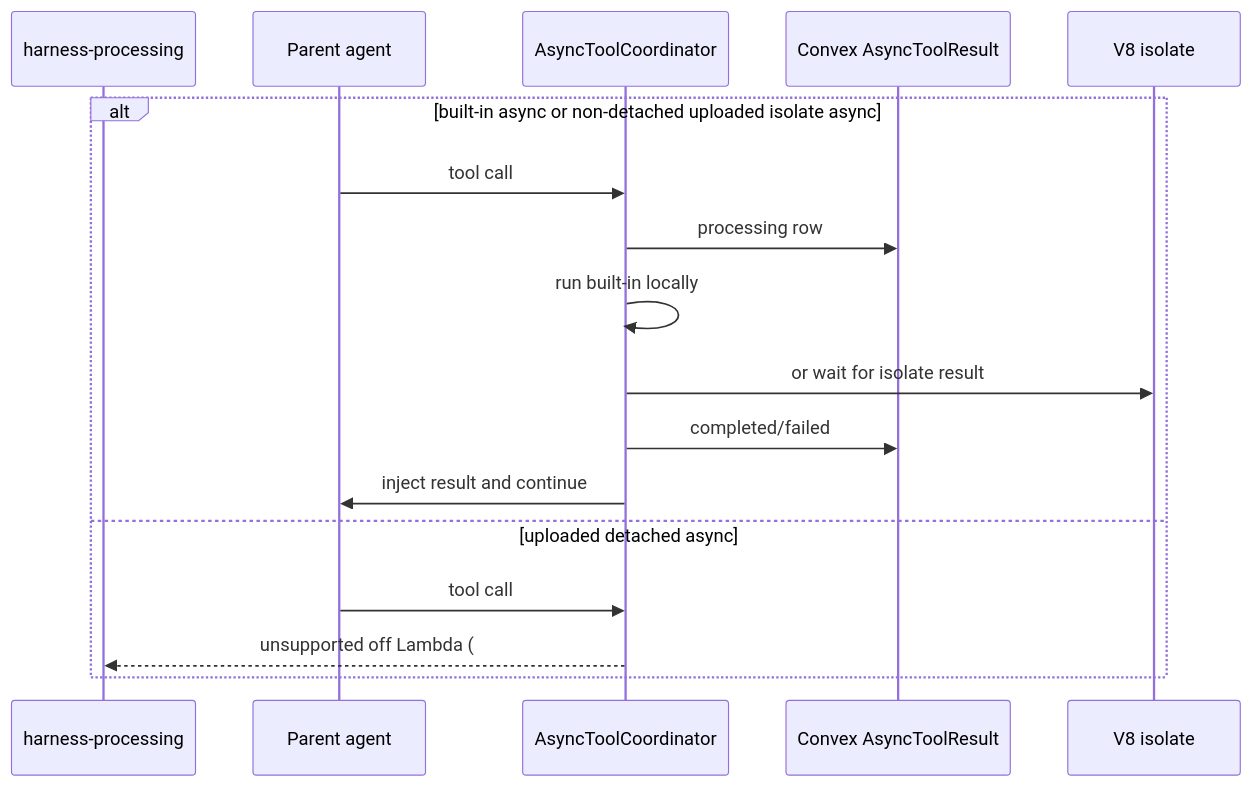
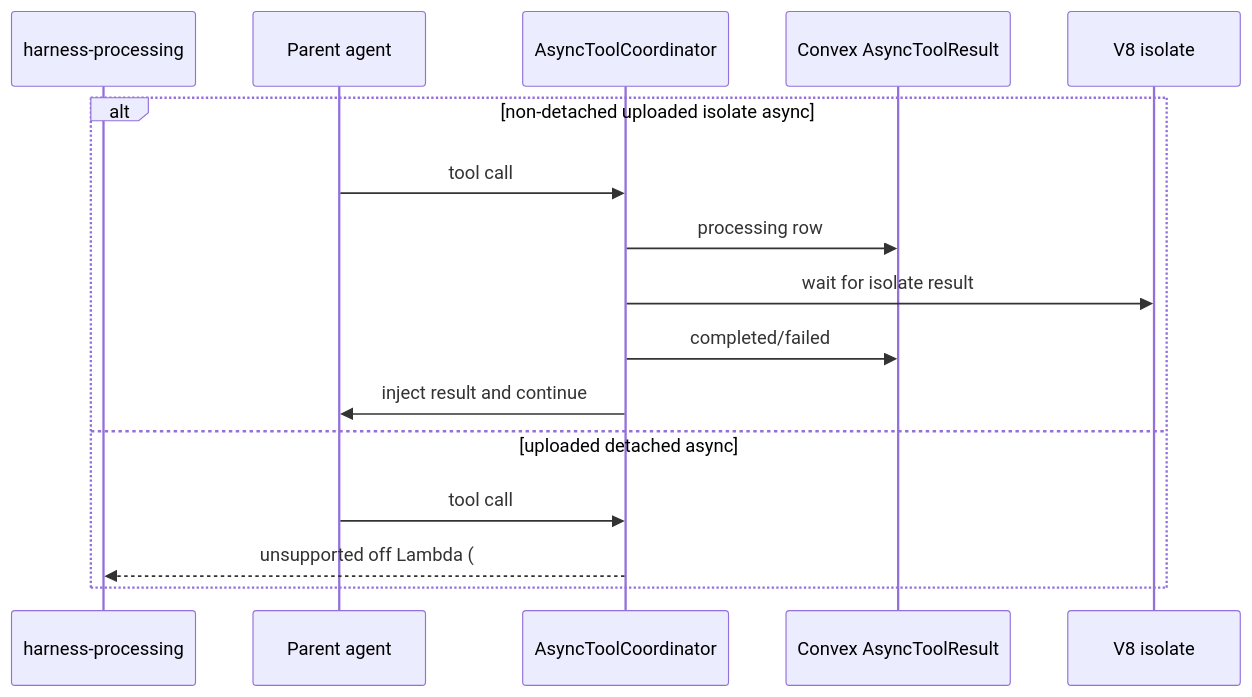
One commit to beeblastco/broods changed the third of 3 diagrams in apps/docs/docs/tools.md. Above: the diagram before and after it, drawn with Mermaid. The commit also changed other lines of this file and 28 other files, not shown here.

````diff
--- a/apps/docs/docs/tools.md
+++ b/apps/docs/docs/tools.md
@@ -110,20 +114,19 @@
 ```mermaid
 sequenceDiagram
   participant H as harness-processing
   participant P as Parent agent
   participant C as AsyncToolCoordinator
   participant D as Convex AsyncToolResult
   participant I as V8 isolate
 
-  alt built-in async or non-detached uploaded isolate async
+  alt non-detached uploaded isolate async
     P->>C: tool call
     C->>D: processing row
-    C->>C: run built-in locally
-    C->>I: or wait for isolate result
+    C->>I: wait for isolate result
     C->>D: completed/failed
     C->>P: inject result and continue
   else uploaded detached async
     P->>C: tool call
     C-->>H: unsupported off Lambda (#82)
   end
 ```
````
